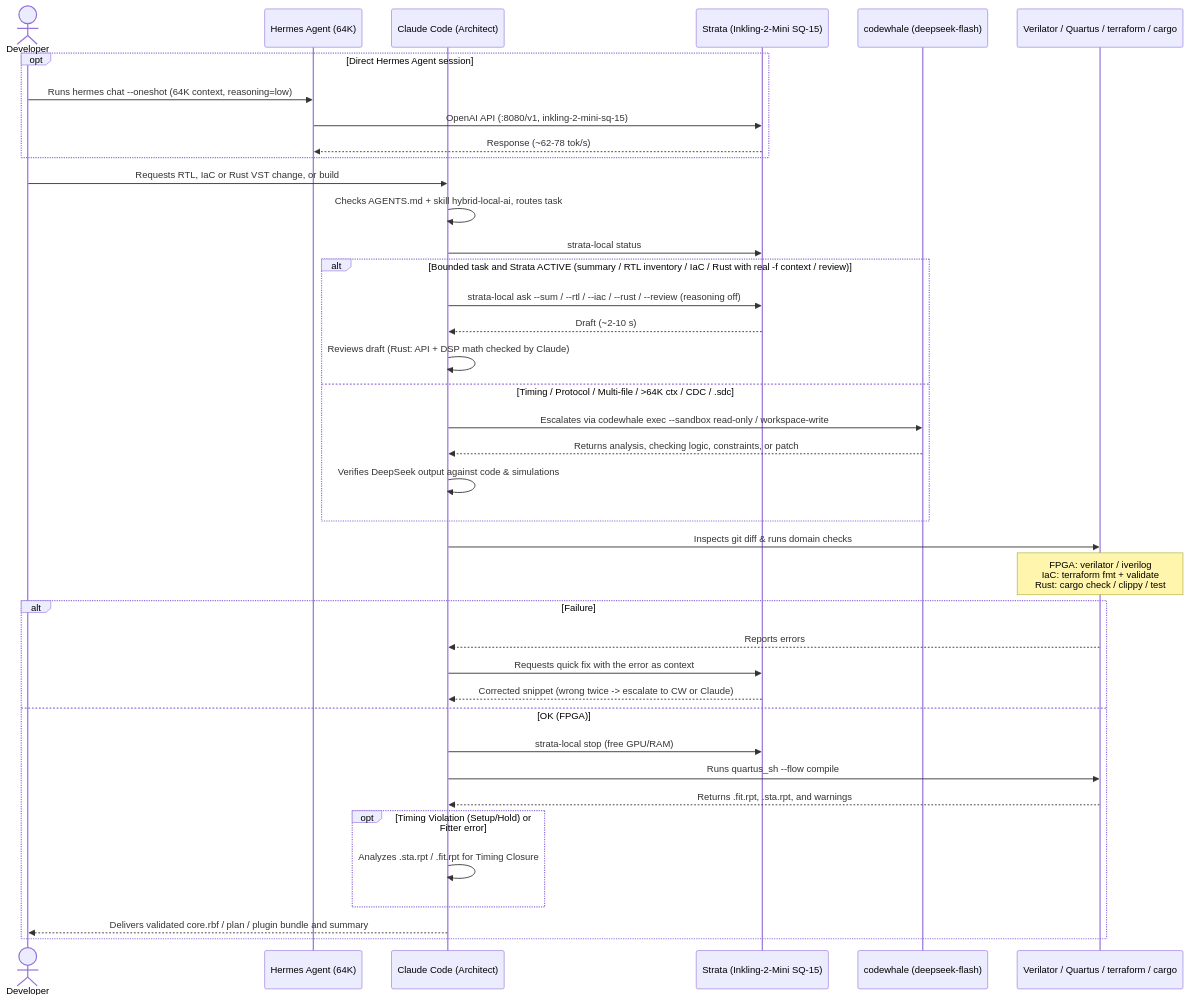
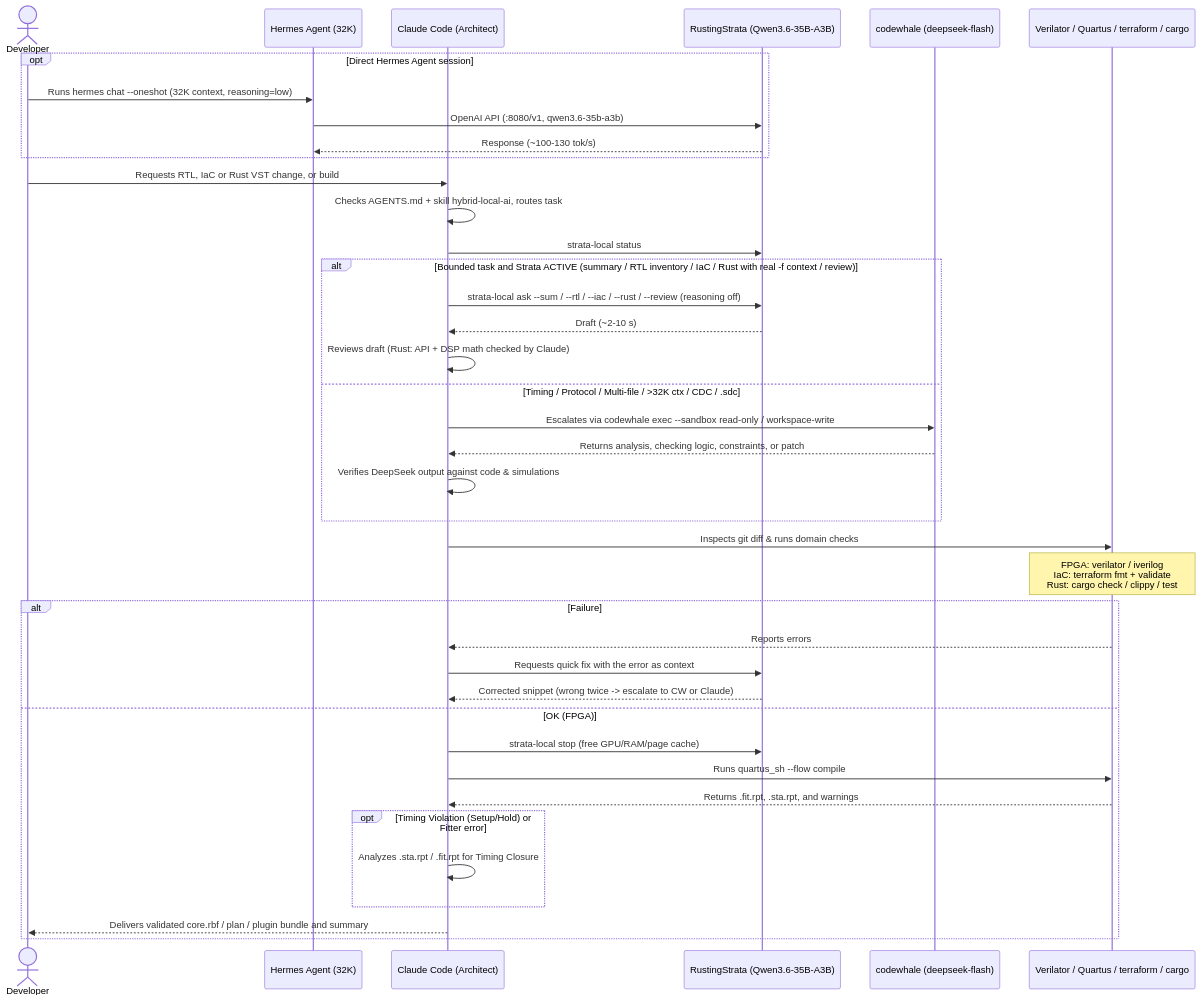
Before and after one commit to DanimanX/9070FpgaIAWorkflow: the second of 3 diagrams in docs/ai-fpga-workflow.md, drawn with Mermaid. The commit also changed other lines of this file and 8 other files, not shown here.

First line of the commit message:
feat: switch local minion to RustingStrata + Qwen3.6-35B-A3B (Vulkan)

````diff
--- a/docs/ai-fpga-workflow.md
+++ b/docs/ai-fpga-workflow.md
@@ -49,46 +49,46 @@
 ```mermaid
 sequenceDiagram
     actor Dev as Developer
-    participant Hermes as Hermes Agent (64K)
+    participant Hermes as Hermes Agent (32K)
     participant Claude as Claude Code (Architect)
-    participant Strata as Strata (Inkling-2-Mini SQ-15)
+    participant Strata as RustingStrata (Qwen3.6-35B-A3B)
     participant CW as codewhale (deepseek-flash)
     participant Tools as Verilator / Quartus / terraform / cargo
 
     opt Direct Hermes Agent session
-        Dev->>Hermes: Runs hermes chat --oneshot (64K context, reasoning=low)
-        Hermes->>Strata: OpenAI API (:8080/v1, inkling-2-mini-sq-15)
-        Strata-->>Hermes: Response (~62-78 tok/s)
+        Dev->>Hermes: Runs hermes chat --oneshot (32K context, reasoning=low)
+        Hermes->>Strata: OpenAI API (:8080/v1, qwen3.6-35b-a3b)
+        Strata-->>Hermes: Response (~100-130 tok/s)
     end
 
     Dev->>Claude: Requests RTL, IaC or Rust VST change, or build
     Claude->>Claude: Checks AGENTS.md + skill hybrid-local-ai, routes task
     Claude->>Strata: strata-local status
 
     alt Bounded task and Strata ACTIVE (summary / RTL inventory / IaC / Rust with real -f context / review)
         Claude->>Strata: strata-local ask --sum / --rtl / --iac / --rust / --review (reasoning off)
         Strata-->>Claude: Draft (~2-10 s)
         Claude->>Claude: Reviews draft (Rust: API + DSP math checked by Claude)
-    else Timing / Protocol / Multi-file / >64K ctx / CDC / .sdc
+    else Timing / Protocol / Multi-file / >32K ctx / CDC / .sdc
         Claude->>CW: Escalates via codewhale exec --sandbox read-only / workspace-write
         CW-->>Claude: Returns analysis, checking logic, constraints, or patch
         Claude->>Claude: Verifies DeepSeek output against code & simulations
     end
 
     Claude->>Tools: Inspects git diff & runs domain checks
     Note over Tools: FPGA: verilator / iverilog<br/>IaC: terraform fmt + validate<br/>Rust: cargo check / clippy / test
 
     alt Failure
         Tools-->>Claude: Reports errors
         Claude->>Strata: Requests quick fix with the error as context
         Strata-->>Claude: Corrected snippet (wrong twice -> escalate to CW or Claude)
     else OK (FPGA)
-        Claude->>Strata: strata-local stop (free GPU/RAM)
+        Claude->>Strata: strata-local stop (free GPU/RAM/page cache)
         Claude->>Tools: Runs quartus_sh --flow compile
         Tools-->>Claude: Returns .fit.rpt, .sta.rpt, and warnings
         opt Timing Violation (Setup/Hold) or Fitter error
             Claude->>Claude: Analyzes .sta.rpt / .fit.rpt for Timing Closure
         end
         Claude-->>Dev: Delivers validated core.rbf / plan / plugin bundle and summary
     end
 ```
````
